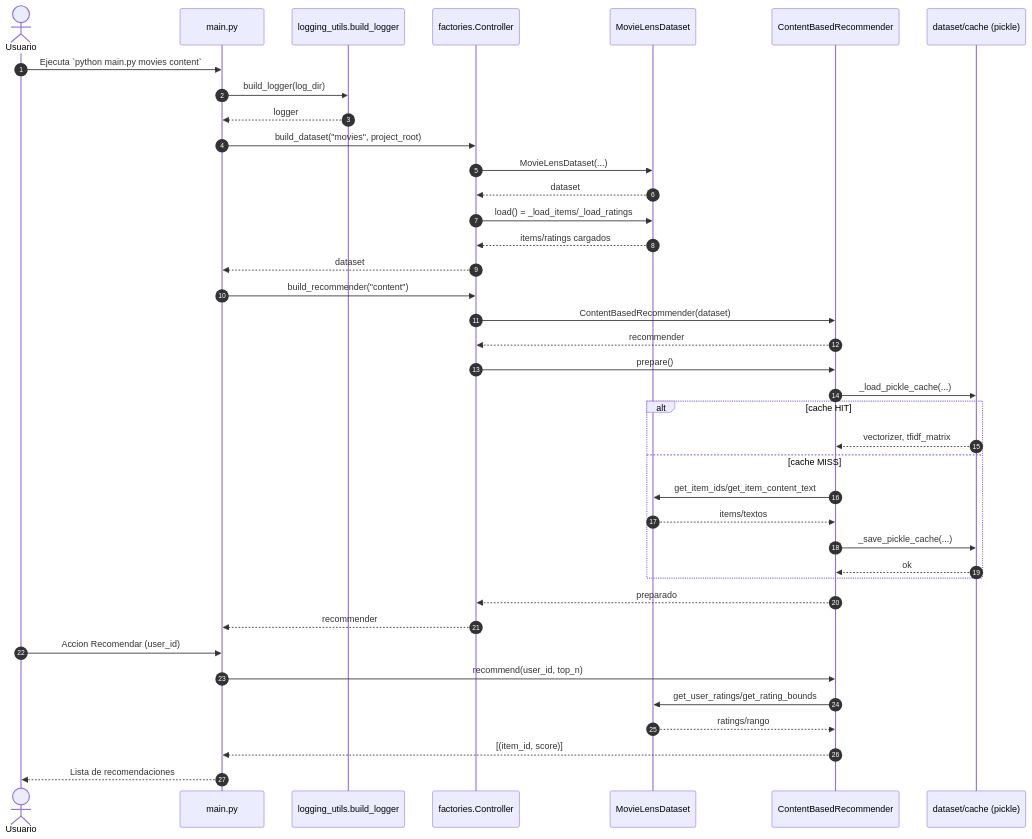
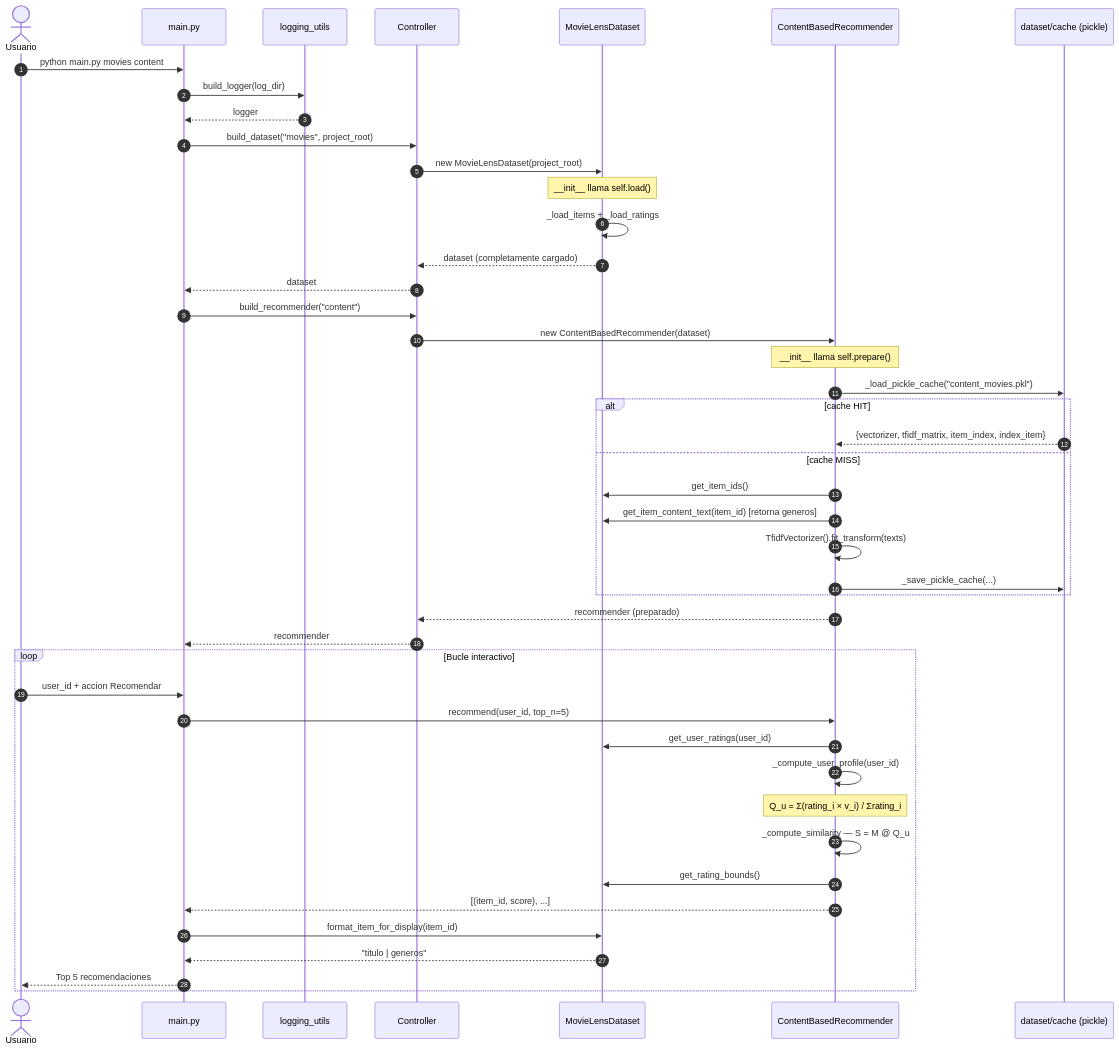
One commit to Braisfabrega/modular-recommender changed the seventh of 7 diagrams in README.md. Above: the diagram before and after it, drawn with Mermaid. The commit also changed other lines of this file and 8 other files, not shown here.

````diff
--- a/README.md
+++ b/README.md
@@ -395,42 +821,48 @@
 ```mermaid
 sequenceDiagram
   autonumber
   actor Usuario
   participant Main as main.py
-  participant Logger as logging_utils.build_logger
-  participant Controller as factories.Controller
+  participant Logger as logging_utils
+  participant Controller as Controller
   participant Dataset as MovieLensDataset
   participant Recommender as ContentBasedRecommender
   participant Cache as dataset/cache (pickle)
 
-  Usuario->>Main: Ejecuta `python main.py movies content`
+  Usuario->>Main: python main.py movies content
   Main->>Logger: build_logger(log_dir)
   Logger-->>Main: logger
   Main->>Controller: build_dataset("movies", project_root)
-  Controller->>Dataset: MovieLensDataset(...)
-  Dataset-->>Controller: dataset
-  Controller->>Dataset: load() = _load_items/_load_ratings
-  Dataset-->>Controller: items/ratings cargados
+  Controller->>Dataset: new MovieLensDataset(project_root)
+  Note over Dataset: __init__ llama self.load()
+  Dataset->>Dataset: _load_items + _load_ratings
+  Dataset-->>Controller: dataset (completamente cargado)
   Controller-->>Main: dataset
   Main->>Controller: build_recommender("content")
-  Controller->>Recommender: ContentBasedRecommender(dataset)
-  Recommender-->>Controller: recommender
-  Controller->>Recommender: prepare()
-  Recommender->>Cache: _load_pickle_cache(...)
+  Controller->>Recommender: new ContentBasedRecommender(dataset)
+  Note over Recommender: __init__ llama self.prepare()
+  Recommender->>Cache: _load_pickle_cache("content_movies.pkl")
   alt cache HIT
-    Cache-->>Recommender: vectorizer, tfidf_matrix
+    Cache-->>Recommender: {vectorizer, tfidf_matrix, item_index, index_item}
   else cache MISS
-    Recommender->>Dataset: get_item_ids/get_item_content_text
-    Dataset-->>Recommender: items/textos
+    Recommender->>Dataset: get_item_ids()
+    Recommender->>Dataset: get_item_content_text(item_id) [retorna generos]
+    Recommender->>Recommender: TfidfVectorizer().fit_transform(texts)
     Recommender->>Cache: _save_pickle_cache(...)
-    Cache-->>Recommender: ok
   end
-  Recommender-->>Controller: preparado
+  Recommender-->>Controller: recommender (preparado)
   Controller-->>Main: recommender
-  Usuario->>Main: Accion Recomendar (user_id)
-  Main->>Recommender: recommend(user_id, top_n)
-  Recommender->>Dataset: get_user_ratings/get_rating_bounds
-  Dataset-->>Recommender: ratings/rango
-  Recommender-->>Main: [(item_id, score)]
-  Main-->>Usuario: Lista de recomendaciones
+  loop Bucle interactivo
+    Usuario->>Main: user_id + accion Recomendar
+    Main->>Recommender: recommend(user_id, top_n=5)
+    Recommender->>Dataset: get_user_ratings(user_id)
+    Recommender->>Recommender: _compute_user_profile(user_id)
+    Note over Recommender: Q_u = Σ(rating_i × v_i) / Σrating_i
+    Recommender->>Recommender: _compute_similarity — S = M @ Q_u
+    Recommender->>Dataset: get_rating_bounds()
+    Recommender-->>Main: [(item_id, score), ...]
+    Main->>Dataset: format_item_for_display(item_id)
+    Dataset-->>Main: "titulo | generos"
+    Main-->>Usuario: Top 5 recomendaciones
+  end
 ```
````
